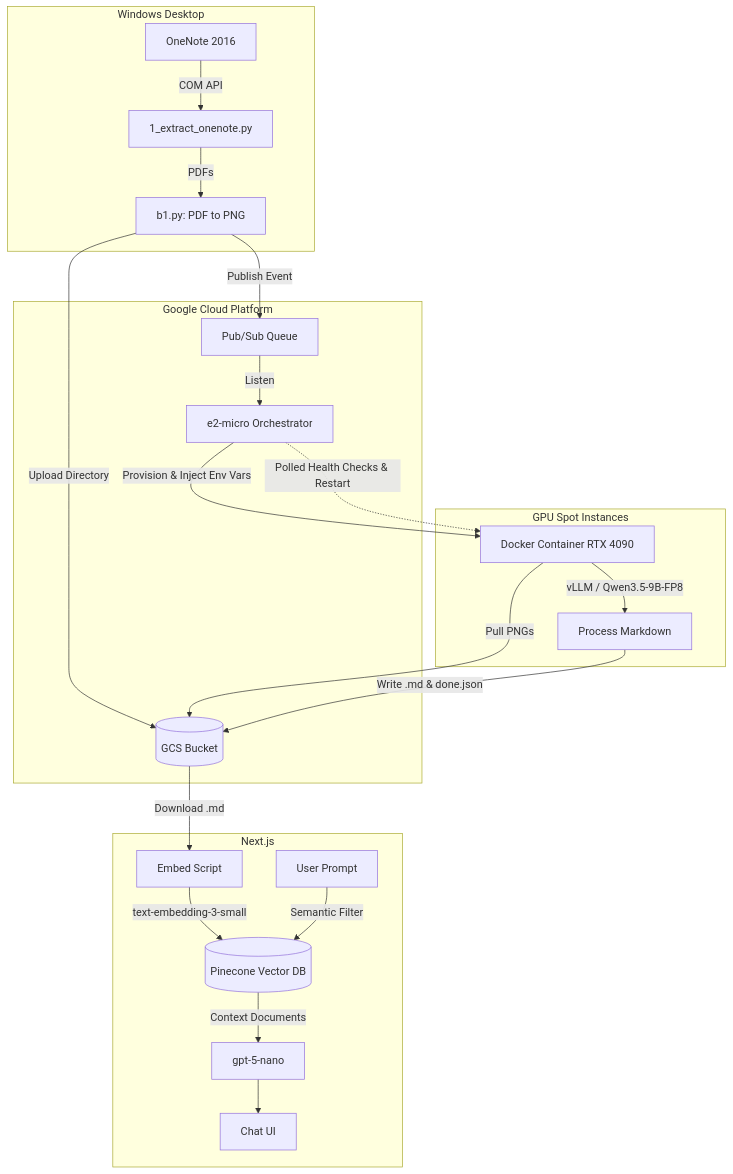
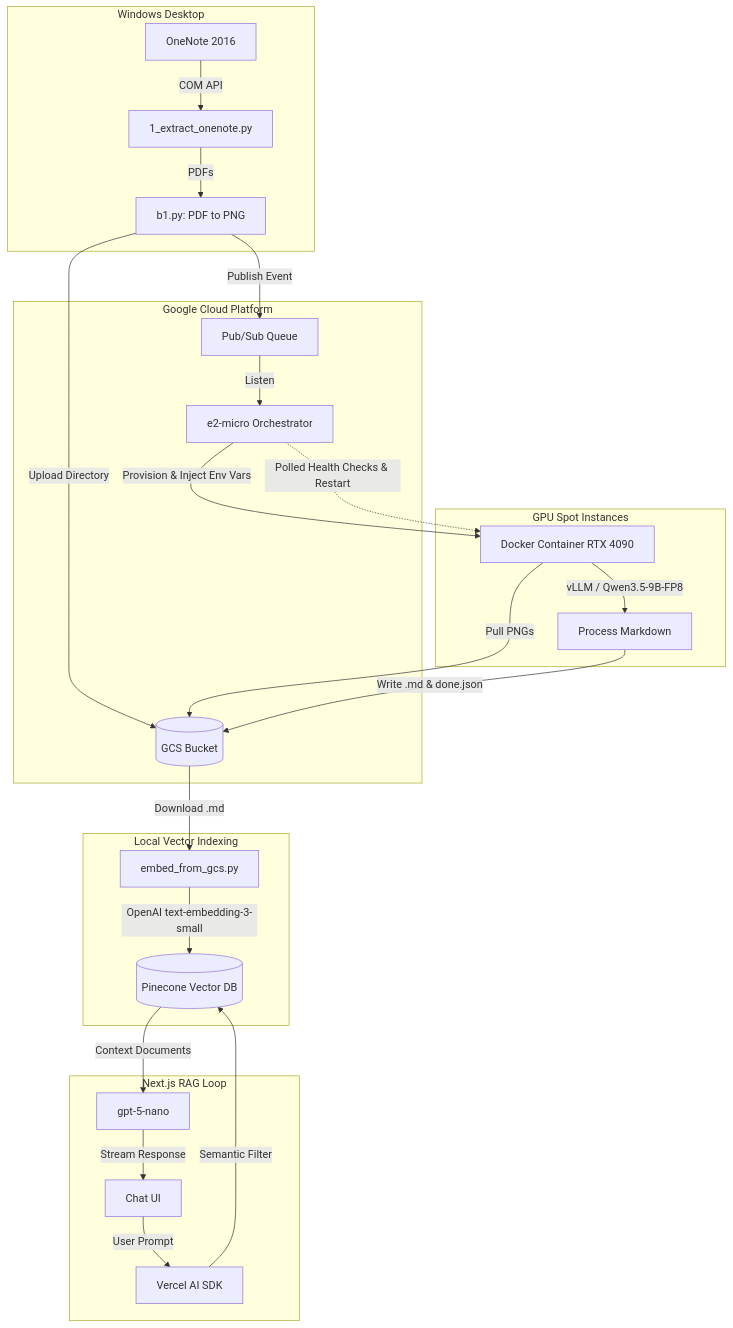
Before and after one commit to qkanji/PersonalIntelligenceEngine: the diagram in README.md, drawn with Mermaid.

````diff
--- a/README.md
+++ b/README.md
@@ -47,29 +47,33 @@
 ```mermaid
 graph TD
     subgraph Local Environment [Windows Desktop]
         A[OneNote 2016] -->|COM API| B[1_extract_onenote.py]
         B -->|PDFs| C[b1.py: PDF to PNG]
     end
 
     subgraph Google Cloud Platform
         C -->|Upload Directory| D[(GCS Bucket)]
         C -->|Publish Event| E[Pub/Sub Queue]
         E -->|Listen| F[e2-micro Orchestrator]
     end
 
     subgraph RunPod [GPU Spot Instances]
         F -->|Provision & Inject Env Vars| G[Docker Container RTX 4090]
         G -->|Pull PNGs| D
         G -->|vLLM / Qwen3.5-9B-FP8| H[Process Markdown]
         H -->|Write .md & done.json| D
         F -.->|Polled Health Checks & Restart| G
     end
 
-    subgraph Web App [Next.js]
-        D -->|Download .md| I[Embed Script]
-        I -->|text-embedding-3-small| J[(Pinecone Vector DB)]
-        K[User Prompt] -->|Semantic Filter| J
-        J -->|Context Documents| L[gpt-5-nano]
-        L --> M[Chat UI]
+    subgraph Local Computer [Local Vector Indexing]
+        D -->|Download .md| I[embed_from_gcs.py]
+        I -->|OpenAI text-embedding-3-small| J[(Pinecone Vector DB)]
+    end
+
+    subgraph Web App [Next.js RAG Loop]
+        K[Chat UI] -->|User Prompt| L[Vercel AI SDK]
+        L -->|Semantic Filter| J
+        J -->|Context Documents| M[gpt-5-nano]
+        M -->|Stream Response| K
     end
 ```
````
